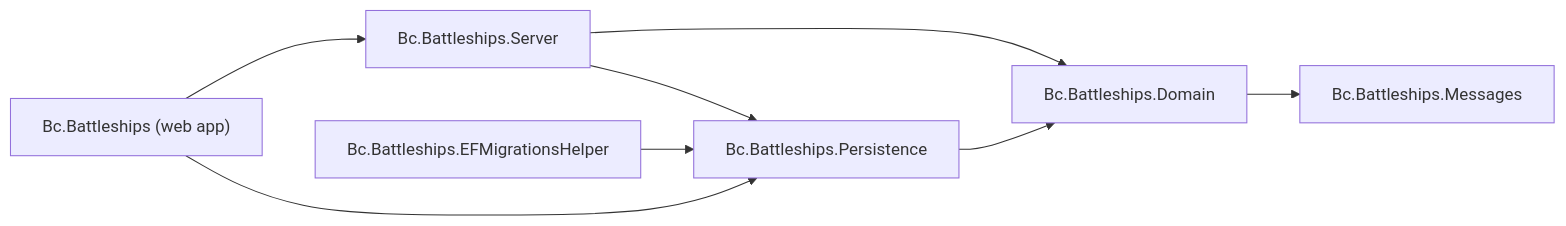
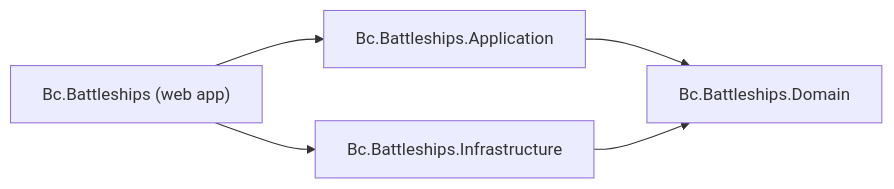
One commit to bcichonski/Bc.Battleships changed the diagram in README.md. Above: the diagram before and after it, drawn with Mermaid. The commit also changed other lines of this file and 171 other files, not shown here.

````diff
--- a/README.md
+++ b/README.md
@@ -20,10 +18,7 @@
 ```mermaid
 graph LR
-    Web["Bc.Battleships (web app)"] --> Server["Bc.Battleships.Server"]
-    Web --> Persistence["Bc.Battleships.Persistence"]
-    Server --> Domain["Bc.Battleships.Domain"]
-    Server --> Persistence
-    Domain --> Messages["Bc.Battleships.Messages"]
-    Persistence --> Domain
-    Migrations["Bc.Battleships.EFMigrationsHelper"] --> Persistence
+    Web["Bc.Battleships (web app)"] --> Application["Bc.Battleships.Application"]
+    Web --> Infrastructure["Bc.Battleships.Infrastructure"]
+    Application --> Domain["Bc.Battleships.Domain"]
+    Infrastructure --> Domain
 ```
````
